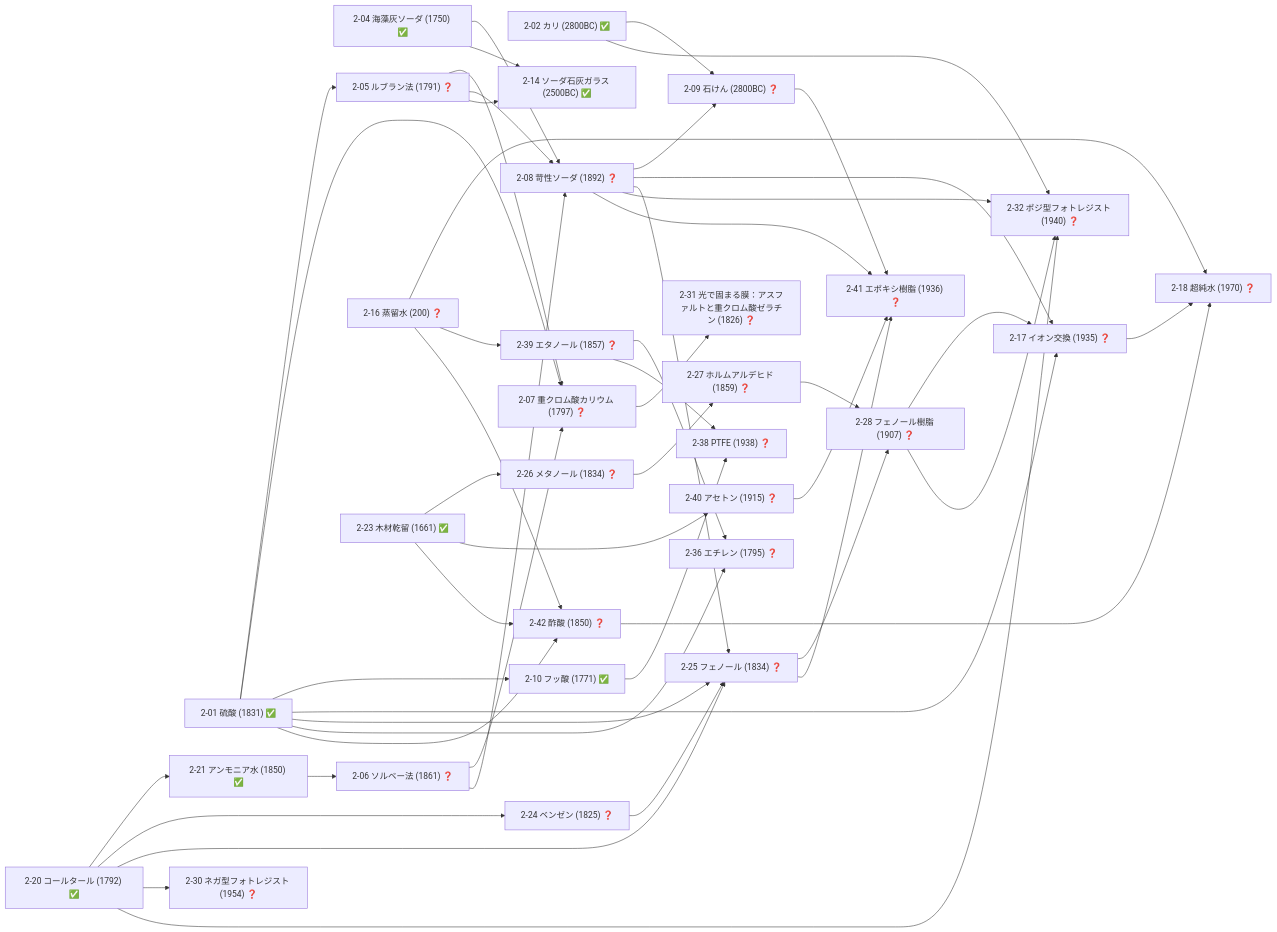
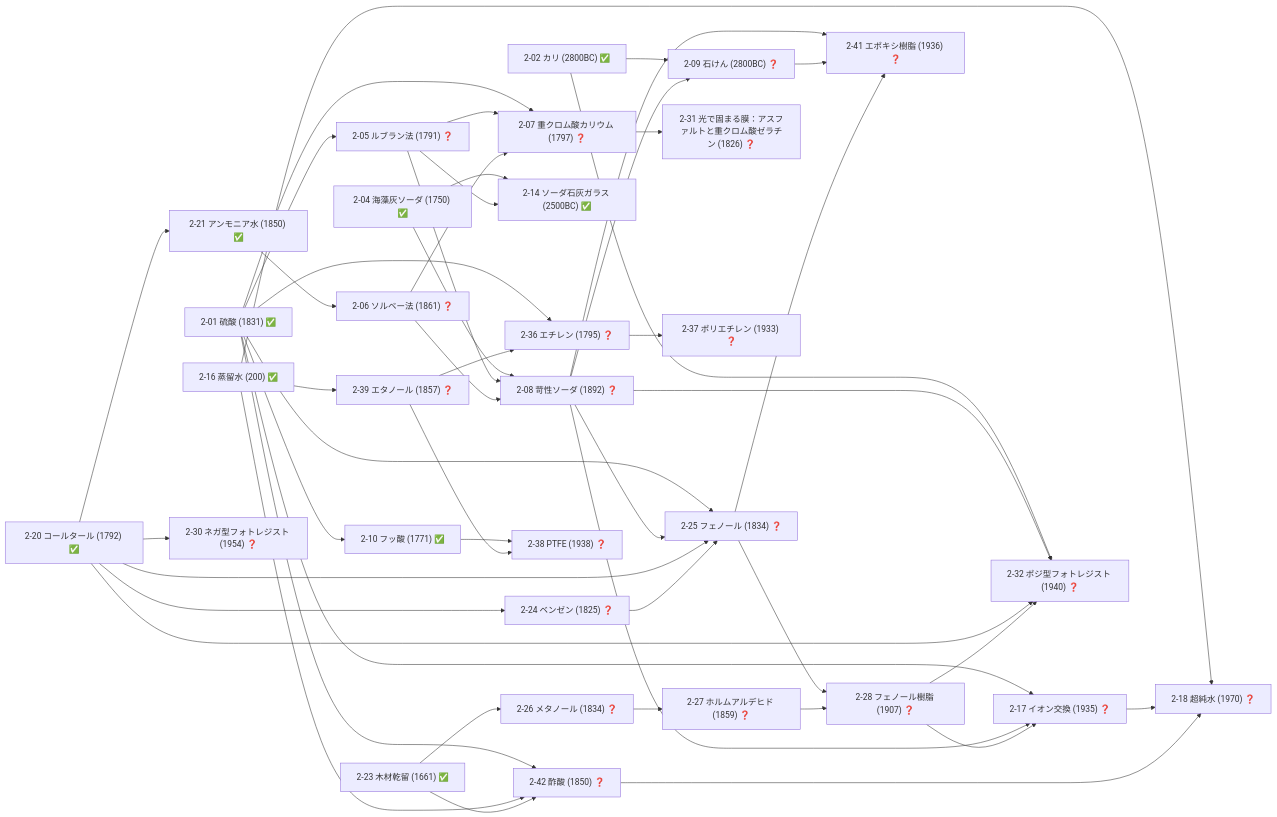
The fifth of 19 diagrams in docs/TECH_TREE_VIEW.md (taku3i0317-collab/semiconductor-lab), drawn with Mermaid before and after one commit. The commit also changed other lines of this file and 8 other files, not shown here.

````diff
--- a/docs/TECH_TREE_VIEW.md
+++ b/docs/TECH_TREE_VIEW.md
@@ -239,81 +239,80 @@
 ```mermaid
 graph LR
   n2_01["2-01 硫酸 (1831) ✅"]
   n2_02["2-02 カリ (2800BC) ✅"]
   n2_04["2-04 海藻灰ソーダ (1750) ✅"]
   n2_05["2-05 ルブラン法 (1791) ❓"]
   n2_06["2-06 ソルベー法 (1861) ❓"]
   n2_07["2-07 重クロム酸カリウム (1797) ❓"]
   n2_08["2-08 苛性ソーダ (1892) ❓"]
   n2_09["2-09 石けん (2800BC) ❓"]
   n2_10["2-10 フッ酸 (1771) ✅"]
   n2_14["2-14 ソーダ石灰ガラス (2500BC) ✅"]
-  n2_16["2-16 蒸留水 (200) ❓"]
+  n2_16["2-16 蒸留水 (200) ✅"]
   n2_17["2-17 イオン交換 (1935) ❓"]
   n2_18["2-18 超純水 (1970) ❓"]
   n2_20["2-20 コールタール (1792) ✅"]
   n2_21["2-21 アンモニア水 (1850) ✅"]
   n2_23["2-23 木材乾留 (1661) ✅"]
   n2_24["2-24 ベンゼン (1825) ❓"]
   n2_25["2-25 フェノール (1834) ❓"]
   n2_26["2-26 メタノール (1834) ❓"]
   n2_27["2-27 ホルムアルデヒド (1859) ❓"]
   n2_28["2-28 フェノール樹脂 (1907) ❓"]
   n2_30["2-30 ネガ型フォトレジスト (1954) ❓"]
   n2_31["2-31 光で固まる膜：アスファルトと重クロム酸ゼラチン (1826) ❓"]
   n2_32["2-32 ポジ型フォトレジスト (1940) ❓"]
   n2_36["2-36 エチレン (1795) ❓"]
+  n2_37["2-37 ポリエチレン (1933) ❓"]
   n2_38["2-38 PTFE (1938) ❓"]
   n2_39["2-39 エタノール (1857) ❓"]
-  n2_40["2-40 アセトン (1915) ❓"]
   n2_41["2-41 エポキシ樹脂 (1936) ❓"]
   n2_42["2-42 酢酸 (1850) ❓"]
   n2_01-->n2_05
   n2_21-->n2_06
   n2_01-->n2_07
   n2_05-->n2_07
   n2_06-->n2_07
   n2_04-->n2_08
   n2_05-->n2_08
   n2_06-->n2_08
   n2_02-->n2_09
   n2_08-->n2_09
   n2_01-->n2_10
   n2_04-->n2_14
   n2_05-->n2_14
   n2_01-->n2_17
   n2_08-->n2_17
   n2_28-->n2_17
   n2_16-->n2_18
   n2_17-->n2_18
   n2_42-->n2_18
   n2_20-->n2_21
   n2_20-->n2_24
   n2_01-->n2_25
   n2_08-->n2_25
   n2_20-->n2_25
   n2_24-->n2_25
   n2_23-->n2_26
   n2_26-->n2_27
   n2_25-->n2_28
   n2_27-->n2_28
   n2_20-->n2_30
   n2_07-->n2_31
   n2_02-->n2_32
   n2_08-->n2_32
   n2_20-->n2_32
   n2_28-->n2_32
   n2_01-->n2_36
   n2_39-->n2_36
+  n2_36-->n2_37
   n2_10-->n2_38
   n2_39-->n2_38
   n2_16-->n2_39
-  n2_23-->n2_40
   n2_08-->n2_41
   n2_09-->n2_41
   n2_25-->n2_41
-  n2_40-->n2_41
   n2_01-->n2_42
   n2_16-->n2_42
   n2_23-->n2_42
 ```
````
